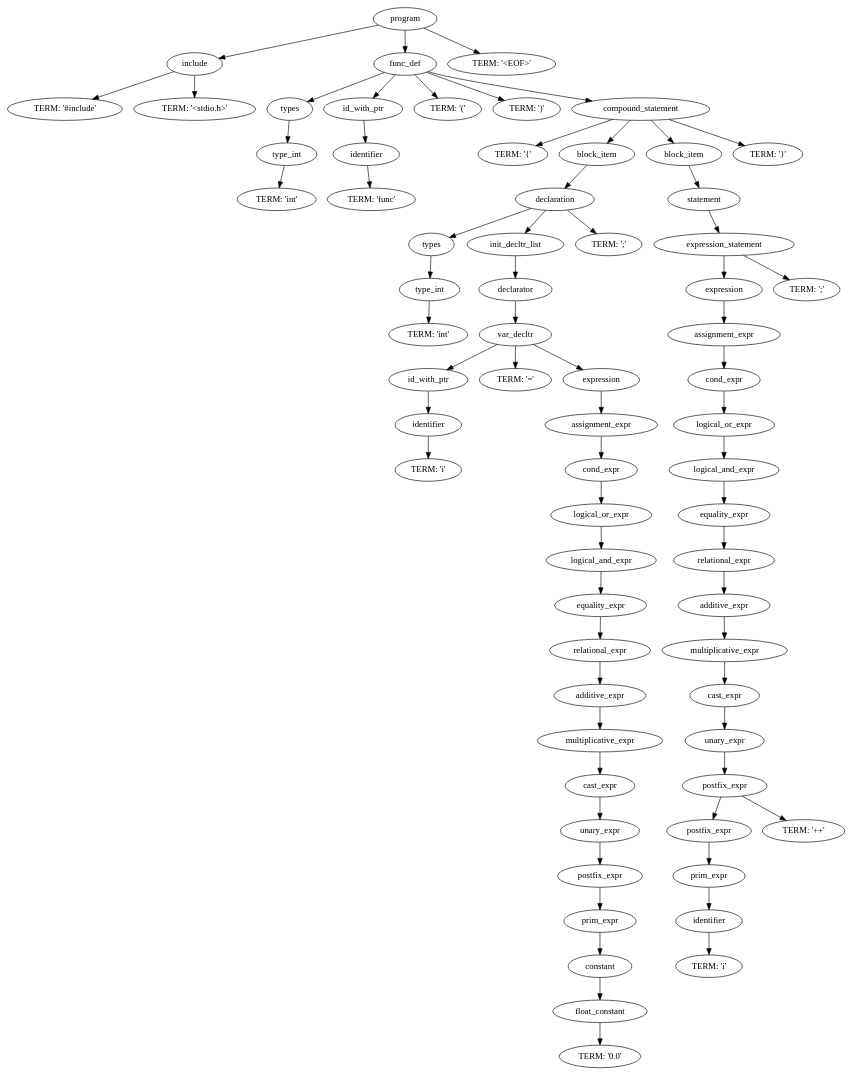
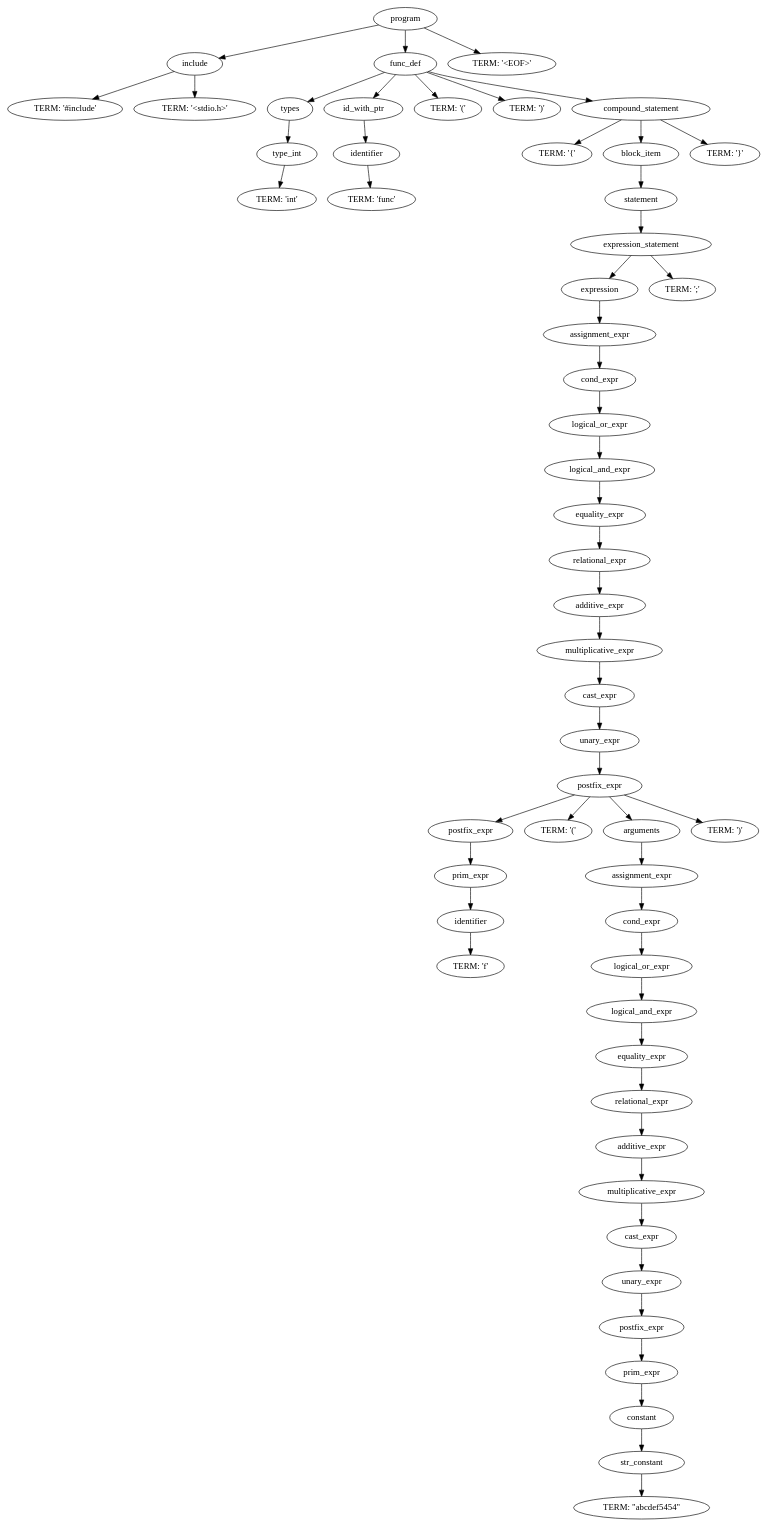
Before and after one commit to DeSchepperCedric/C-Compiler: the diagram in output.dot, drawn with Graphviz. The commit also changed 7 other files, not shown here.

```diff
--- a/output.dot
+++ b/output.dot
@@ -1,135 +1,111 @@
 digraph G {
 	0 [label="program"];
 	0 -> 1;
 	1 [label="include"];
 	1 -> 2;
 	2 [label="TERM: '#include'"];
 	1 -> 3;
 	3 [label="TERM: '<stdio.h>'"];
 	0 -> 4;
 	4 [label="func_def"];
 	4 -> 5;
 	5 [label="types"];
 	5 -> 6;
 	6 [label="type_int"];
 	6 -> 7;
 	7 [label="TERM: 'int'"];
 	4 -> 8;
 	8 [label="id_with_ptr"];
 	8 -> 9;
 	9 [label="identifier"];
 	9 -> 10;
 	10 [label="TERM: 'func'"];
 	4 -> 11;
 	11 [label="TERM: '('"];
 	4 -> 12;
 	12 [label="TERM: ')'"];
 	4 -> 13;
 	13 [label="compound_statement"];
 	13 -> 14;
 	14 [label="TERM: '{'"];
 	13 -> 15;
 	15 [label="block_item"];
 	15 -> 16;
-	16 [label="declaration"];
+	16 [label="statement"];
 	16 -> 17;
-	17 [label="types"];
+	17 [label="expression_statement"];
 	17 -> 18;
-	18 [label="type_int"];
+	18 [label="expression"];
 	18 -> 19;
-	19 [label="TERM: 'int'"];
-	16 -> 20;
-	20 [label="init_decltr_list"];
+	19 [label="assignment_expr"];
+	19 -> 20;
+	20 [label="cond_expr"];
 	20 -> 21;
-	21 [label="declarator"];
+	21 [label="logical_or_expr"];
 	21 -> 22;
-	22 [label="var_decltr"];
+	22 [label="logical_and_expr"];
 	22 -> 23;
-	23 [label="id_with_ptr"];
+	23 [label="equality_expr"];
 	23 -> 24;
-	24 [label="identifier"];
+	24 [label="relational_expr"];
 	24 -> 25;
-	25 [label="TERM: 'i'"];
-	22 -> 26;
-	26 [label="TERM: '='"];
-	22 -> 27;
-	27 [label="expression"];
+	25 [label="additive_expr"];
+	25 -> 26;
+	26 [label="multiplicative_expr"];
+	26 -> 27;
+	27 [label="cast_expr"];
 	27 -> 28;
-	28 [label="assignment_expr"];
+	28 [label="unary_expr"];
 	28 -> 29;
-	29 [label="cond_expr"];
+	29 [label="postfix_expr"];
 	29 -> 30;
-	30 [label="logical_or_expr"];
+	30 [label="postfix_expr"];
 	30 -> 31;
-	31 [label="logical_and_expr"];
+	31 [label="prim_expr"];
 	31 -> 32;
-	32 [label="equality_expr"];
+	32 [label="identifier"];
 	32 -> 33;
-	33 [label="relational_expr"];
-	33 -> 34;
-	34 [label="additive_expr"];
-	34 -> 35;
-	35 [label="multiplicative_expr"];
+	33 [label="TERM: 'f'"];
+	29 -> 34;
+	34 [label="TERM: '('"];
+	29 -> 35;
+	35 [label="arguments"];
 	35 -> 36;
-	36 [label="cast_expr"];
+	36 [label="assignment_expr"];
 	36 -> 37;
-	37 [label="unary_expr"];
+	37 [label="cond_expr"];
 	37 -> 38;
-	38 [label="postfix_expr"];
+	38 [label="logical_or_expr"];
 	38 -> 39;
-	39 [label="prim_expr"];
+	39 [label="logical_and_expr"];
 	39 -> 40;
-	40 [label="constant"];
+	40 [label="equality_expr"];
 	40 -> 41;
-	41 [label="float_constant"];
+	41 [label="relational_expr"];
 	41 -> 42;
-	42 [label="TERM: '0.0'"];
-	16 -> 43;
-	43 [label="TERM: ';'"];
-	13 -> 44;
-	44 [label="block_item"];
+	42 [label="additive_expr"];
+	42 -> 43;
+	43 [label="multiplicative_expr"];
+	43 -> 44;
+	44 [label="cast_expr"];
 	44 -> 45;
-	45 [label="statement"];
+	45 [label="unary_expr"];
 	45 -> 46;
-	46 [label="expression_statement"];
+	46 [label="postfix_expr"];
 	46 -> 47;
-	47 [label="expression"];
+	47 [label="prim_expr"];
 	47 -> 48;
-	48 [label="assignment_expr"];
+	48 [label="constant"];
 	48 -> 49;
-	49 [label="cond_expr"];
+	49 [label="str_constant"];
 	49 -> 50;
-	50 [label="logical_or_expr"];
-	50 -> 51;
-	51 [label="logical_and_expr"];
-	51 -> 52;
-	52 [label="equality_expr"];
-	52 -> 53;
-	53 [label="relational_expr"];
-	53 -> 54;
-	54 [label="additive_expr"];
-	54 -> 55;
-	55 [label="multiplicative_expr"];
-	55 -> 56;
-	56 [label="cast_expr"];
-	56 -> 57;
-	57 [label="unary_expr"];
-	57 -> 58;
-	58 [label="postfix_expr"];
-	58 -> 59;
-	59 [label="postfix_expr"];
-	59 -> 60;
-	60 [label="prim_expr"];
-	60 -> 61;
-	61 [label="identifier"];
-	61 -> 62;
-	62 [label="TERM: 'i'"];
-	58 -> 63;
-	63 [label="TERM: '++'"];
-	46 -> 64;
-	64 [label="TERM: ';'"];
-	13 -> 65;
-	65 [label="TERM: '}'"];
-	0 -> 66;
-	66 [label="TERM: '<EOF>'"];
+	50 [label="TERM: \"abcdef5454\""];
+	29 -> 51;
+	51 [label="TERM: ')'"];
+	17 -> 52;
+	52 [label="TERM: ';'"];
+	13 -> 53;
+	53 [label="TERM: '}'"];
+	0 -> 54;
+	54 [label="TERM: '<EOF>'"];
 }
```
